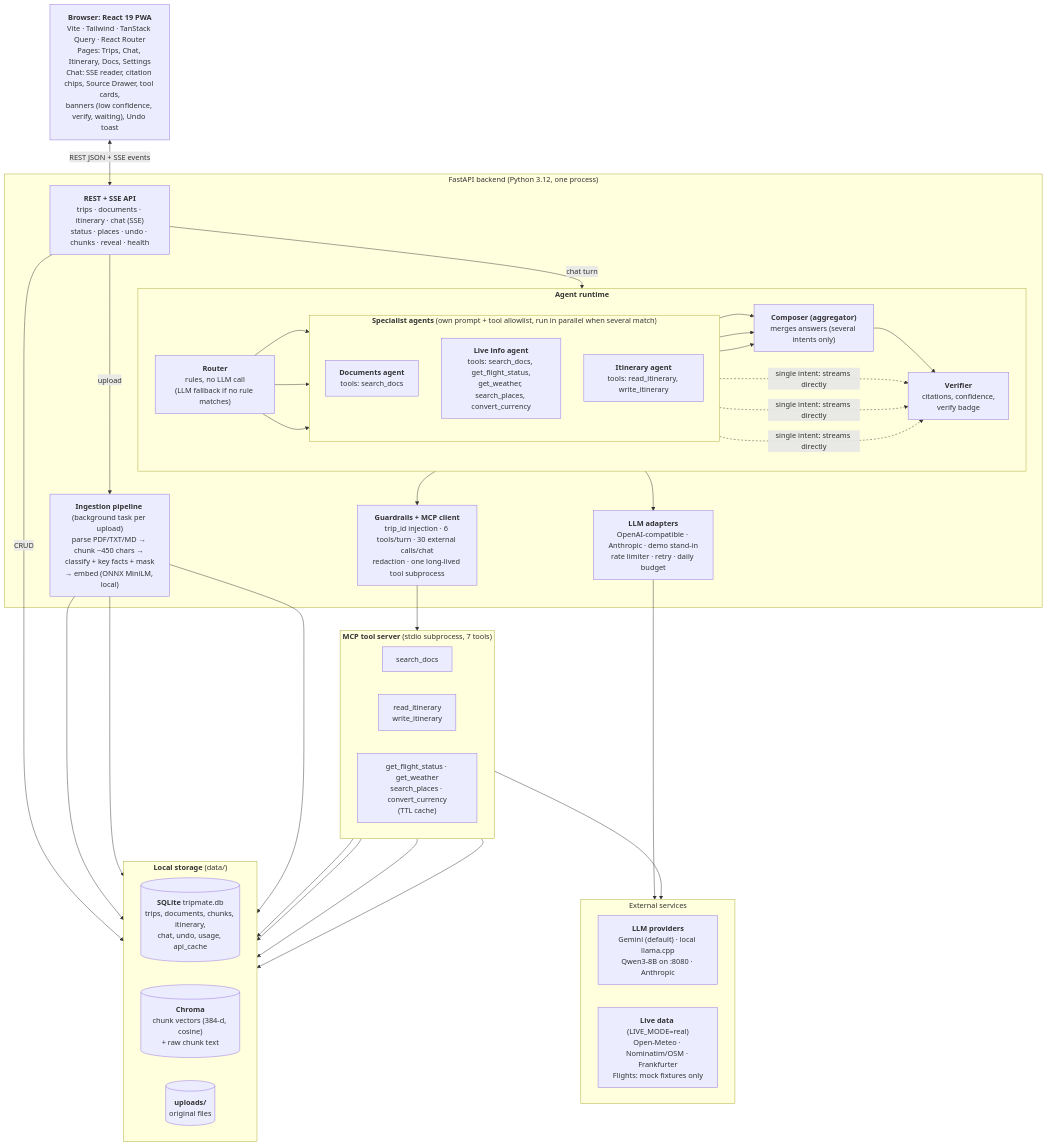
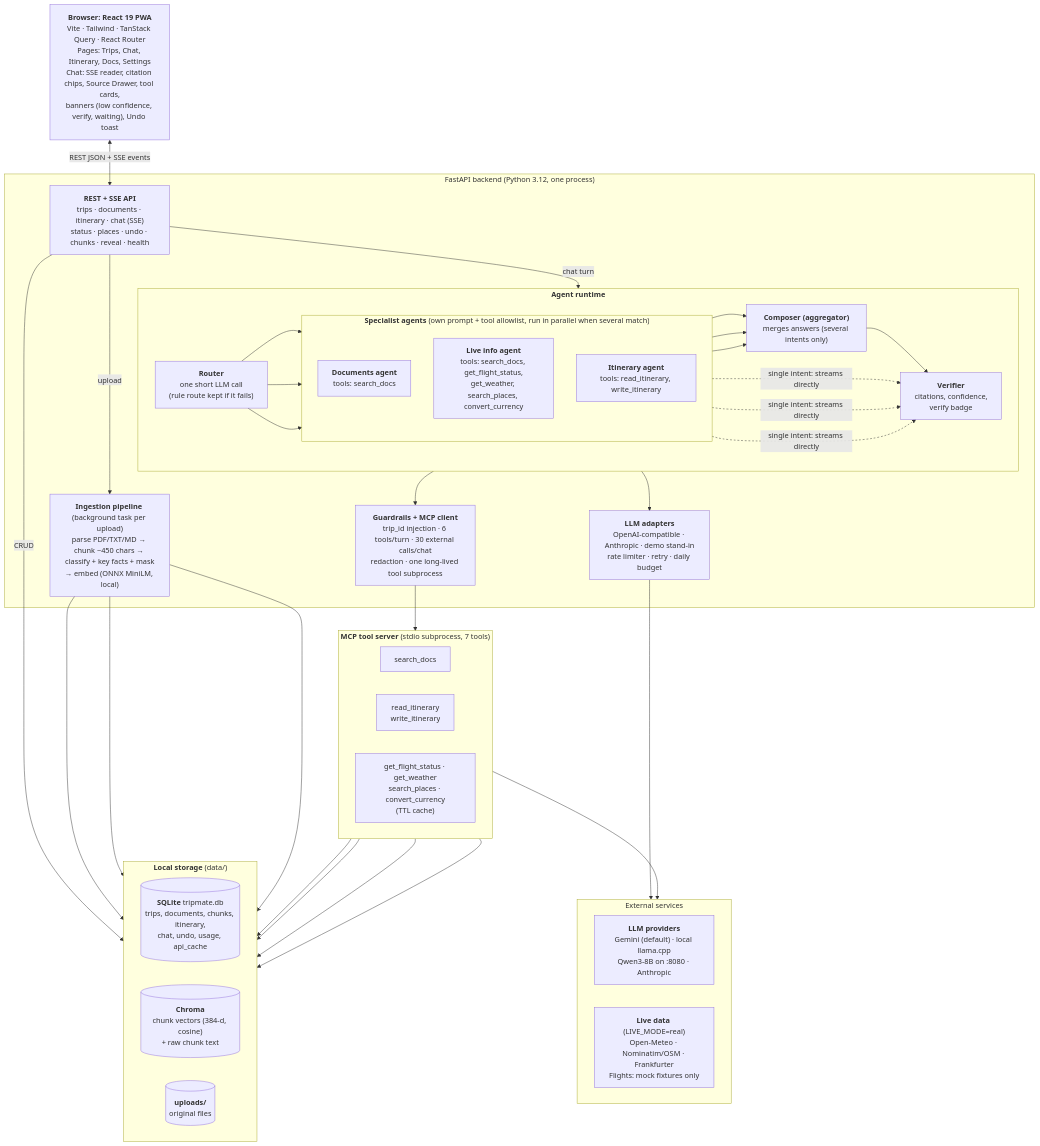
One commit to nitbaby/trip-mate changed the first of 3 diagrams in docs/ARCHITECTURE.md. Above: the diagram before and after it, drawn with Mermaid. The commit also changed other lines of this file and 11 other files, not shown here.

````diff
--- a/docs/ARCHITECTURE.md
+++ b/docs/ARCHITECTURE.md
@@ -8,65 +8,65 @@
 ```mermaid
 flowchart TB
   Client["<b>Browser: React 19 PWA</b><br/>Vite · Tailwind · TanStack Query · React Router<br/>Pages: Trips, Chat, Itinerary, Docs, Settings<br/>Chat: SSE reader, citation chips, Source Drawer, tool cards,<br/>banners (low confidence, verify, waiting), Undo toast"]
 
   subgraph Backend["FastAPI backend (Python 3.12, one process)"]
     REST["<b>REST + SSE API</b><br/>trips · documents · itinerary · chat (SSE)<br/>status · places · undo · chunks · reveal · health"]
     Ingest["<b>Ingestion pipeline</b> (background task per upload)<br/>parse PDF/TXT/MD → chunk ~450 chars → classify + key facts + mask<br/>→ embed (ONNX MiniLM, local)"]
     subgraph Runtime["<b>Agent runtime</b>"]
       direction LR
-      Router["<b>Router</b><br/>rules, no LLM call<br/>(LLM fallback if no rule matches)"]
+      Router["<b>Router</b><br/>one short LLM call<br/>(rule route kept if it fails)"]
       subgraph Spec["<b>Specialist agents</b> (own prompt + tool allowlist, run in parallel when several match)"]
         direction TB
         SD["<b>Documents agent</b><br/>tools: search_docs"]
         SL["<b>Live info agent</b><br/>tools: search_docs, get_flight_status,<br/>get_weather, search_places, convert_currency"]
         SI["<b>Itinerary agent</b><br/>tools: read_itinerary, write_itinerary"]
       end
       Agg["<b>Composer (aggregator)</b><br/>merges answers (several intents only)"]
       Ver["<b>Verifier</b><br/>citations, confidence,<br/>verify badge"]
       Router --> SD & SL & SI
       SD & SL & SI --> Agg --> Ver
       SD & SL & SI -.->|"single intent: streams directly"| Ver
     end
     Guard["<b>Guardrails + MCP client</b><br/>trip_id injection · 6 tools/turn · 30 external calls/chat<br/>redaction · one long-lived tool subprocess"]
     LLMA["<b>LLM adapters</b><br/>OpenAI-compatible · Anthropic · demo stand-in<br/>rate limiter · retry · daily budget"]
   end
 
   subgraph MCP["<b>MCP tool server</b> (stdio subprocess, 7 tools)"]
     direction LR
     T1["search_docs"]
     T2["read_itinerary<br/>write_itinerary"]
     T3["get_flight_status · get_weather<br/>search_places · convert_currency<br/>(TTL cache)"]
   end
 
   subgraph Storage["<b>Local storage</b> (data/)"]
     direction LR
     SQL[("<b>SQLite</b> tripmate.db<br/>trips, documents, chunks, itinerary,<br/>chat, undo, usage, api_cache")]
     CH[("<b>Chroma</b><br/>chunk vectors (384-d, cosine)<br/>+ raw chunk text")]
     UP[("<b>uploads/</b><br/>original files")]
   end
 
   subgraph Ext["External services"]
     direction LR
     LLMS["<b>LLM providers</b><br/>Gemini (default) · local llama.cpp<br/>Qwen3-8B on :8080 · Anthropic"]
     LIVE["<b>Live data</b> (LIVE_MODE=real)<br/>Open-Meteo · Nominatim/OSM · Frankfurter<br/>Flights: mock fixtures only"]
   end
 
   Client <-->|"REST JSON + SSE events"| REST
   REST -->|"upload"| Ingest
   REST -->|"chat turn"| Runtime
   REST -->|"CRUD"| SQL
   Ingest --> SQL
   Ingest --> CH
   Ingest --> UP
   Runtime --> LLMA --> LLMS
   Runtime --> Guard --> MCP
   T1 --> CH
   T1 --> SQL
   T2 --> SQL
   T3 --> SQL
   T3 --> LIVE
 
   %% Edges 7-9 are the three "single intent" specialist -> Verifier edges.
   %% GitHub's renderer drops the dotted style on one of them, so force it.
   linkStyle 7,8,9 stroke-dasharray:4 4
 ```
````
